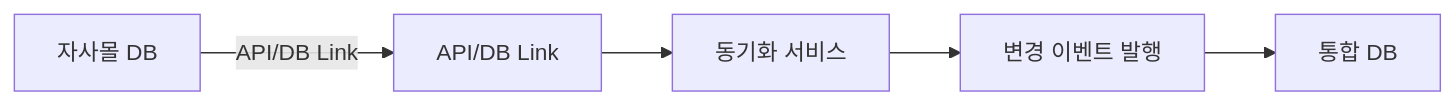
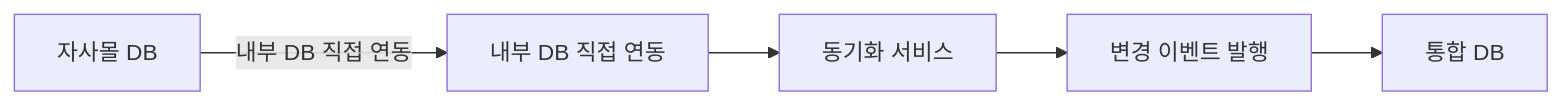
One commit to sknkwoxs/manual-book changed the third of 5 diagrams in src/content/docs/goodthinking-isp/04-design/data-integration.md. Above: the diagram before and after it, drawn with Mermaid. The commit also changed other lines of this file and 17 other files, not shown here.

First line of the commit message:
docs(goodthinking-isp): Phase 3.5-5 — Mermaid 수정, 외부 API→Excel 템플릿 전환, 개인정보 보호 모듈 강화

````diff
--- a/src/content/docs/goodthinking-isp/04-design/data-integration.md
+++ b/src/content/docs/goodthinking-isp/04-design/data-integration.md
@@ -164,13 +164,13 @@
 ```mermaid
 graph LR
     A["자사몰 DB"]
-    B["API/DB Link"]
+    B["내부 DB 직접 연동"]
     C["동기화 서비스"]
     D["변경 이벤트 발행"]
     E["통합 DB"]
     
-    A -->|API/DB Link| B
+    A -->|내부 DB 직접 연동| B
     B --> C
     C --> D
     D --> E
 ```
````
